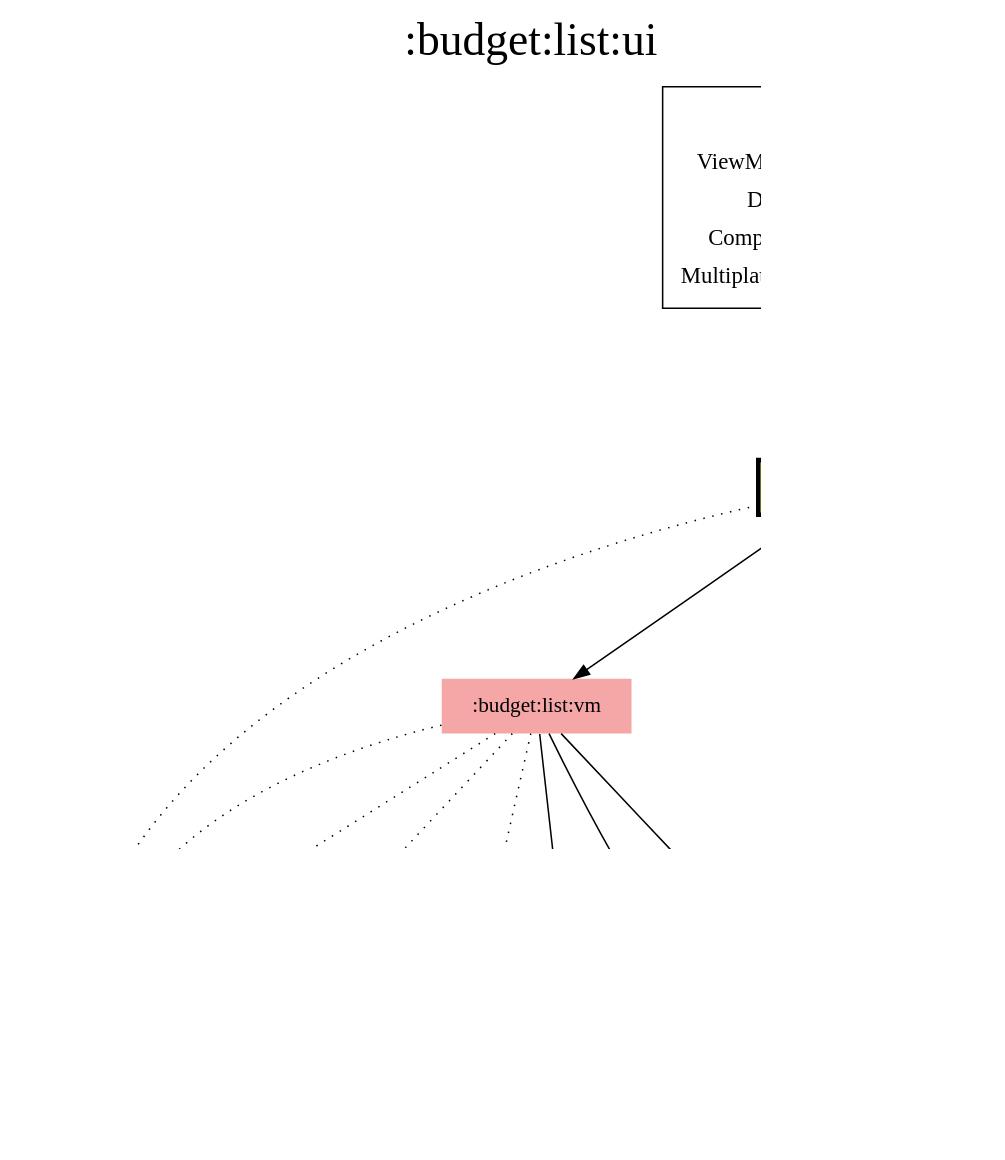
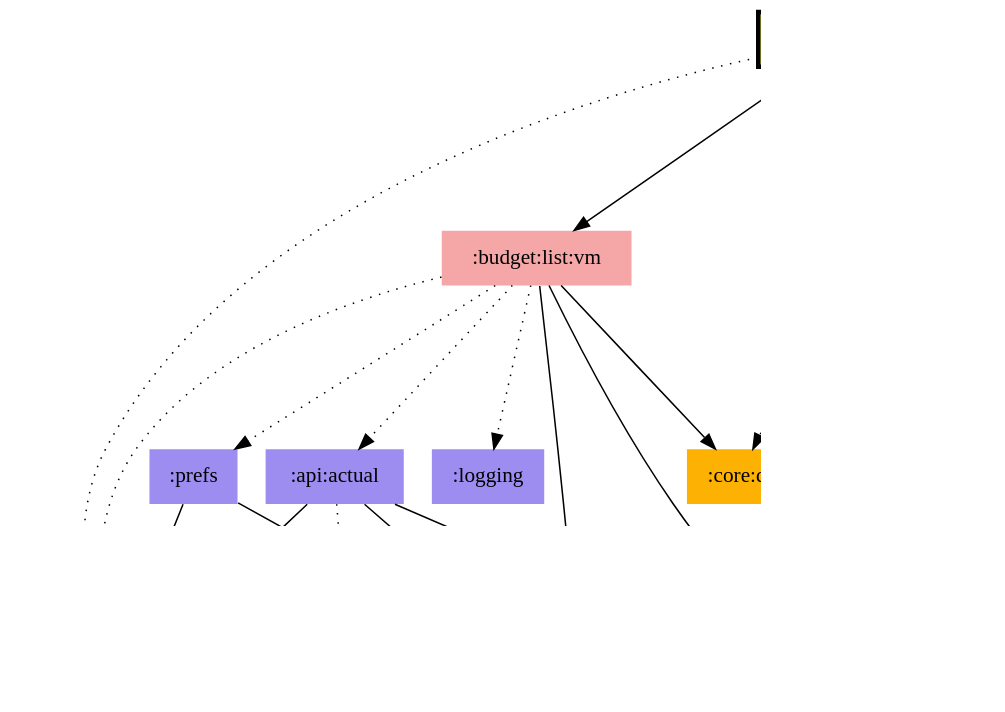
One commit to jonapoul/aktual changed the diagram in modules/budget/list/ui/modules.dot. Above: the diagram before and after it, drawn with Graphviz. The commit also changed 138 other files, not shown here.

First line of the commit message:
Rework diagram generation (#465)

```diff
--- a/modules/budget/list/ui/modules.dot
+++ b/modules/budget/list/ui/modules.dot
@@ -1,56 +1,39 @@
 digraph {
 edge ["dir"="forward"]
-graph ["dpi"="100","label"=":budget:list:ui","labelloc"="t","fontsize"="30","ranksep"="1.5","rankdir"="TB"]
+graph ["dpi"="100","fontsize"="30","ranksep"="1.5","rankdir"="TB"]
 node ["style"="filled"]
 ":account:model" ["fillcolor"="#9D8DF1","shape"="none"]
 ":api:actual" ["fillcolor"="#9D8DF1","shape"="none"]
 ":budget:list:ui" ["fillcolor"="#FFFF55","color"="black","penwidth"="3","shape"="box"]
 ":budget:list:vm" ["fillcolor"="#F5A6A6","shape"="none"]
 ":budget:model" ["fillcolor"="#9D8DF1","shape"="none"]
 ":codegen:annotation" ["fillcolor"="#9D8DF1","shape"="none"]
 ":core:di" ["fillcolor"="#FCB103","shape"="none"]
 ":core:model" ["fillcolor"="#9D8DF1","shape"="none"]
 ":core:ui" ["fillcolor"="#FFFF55","shape"="none"]
 ":l10n" ["fillcolor"="#9D8DF1","shape"="none"]
 ":logging" ["fillcolor"="#9D8DF1","shape"="none"]
 ":prefs" ["fillcolor"="#9D8DF1","shape"="none"]
-{
-edge ["dir"="none"]
-graph ["rank"="same"]
-":budget:list:ui"
-}
 ":api:actual" -> ":account:model"
 ":api:actual" -> ":budget:model"
 ":api:actual" -> ":codegen:annotation" ["style"="dotted"]
 ":api:actual" -> ":core:model"
 ":budget:list:ui" -> ":account:model" ["style"="dotted"]
 ":budget:list:ui" -> ":budget:list:vm"
 ":budget:list:ui" -> ":budget:model" ["style"="dotted"]
 ":budget:list:ui" -> ":core:ui"
 ":budget:list:ui" -> ":l10n" ["style"="dotted"]
 ":budget:list:vm" -> ":account:model" ["style"="dotted"]
 ":budget:list:vm" -> ":api:actual" ["style"="dotted"]
 ":budget:list:vm" -> ":budget:model"
 ":budget:list:vm" -> ":core:di"
 ":budget:list:vm" -> ":core:model"
 ":budget:list:vm" -> ":logging" ["style"="dotted"]
 ":budget:list:vm" -> ":prefs" ["style"="dotted"]
 ":core:ui" -> ":budget:model"
 ":core:ui" -> ":core:di" ["style"="dotted"]
 ":core:ui" -> ":core:model"
 ":core:ui" -> ":l10n" ["style"="dotted"]
 ":prefs" -> ":account:model"
 ":prefs" -> ":core:model"
-subgraph "cluster_legend" {
-edge ["dir"="none"]
-graph ["label"="Legend","fontsize"="20"]
-"Legend" ["style"="filled","fillcolor"="#FFFFFF","shape"="none","margin"="0","fontsize"="15","label"=<
-<TABLE BORDER="0" CELLBORDER="0" CELLSPACING="0" CELLPADDING="4">
-<TR><TD>ViewModel</TD><TD BGCOLOR="#F5A6A6">module-name</TD></TR>
-<TR><TD>DI</TD><TD BGCOLOR="#FCB103">module-name</TD></TR>
-<TR><TD>Compose</TD><TD BGCOLOR="#FFFF55">module-name</TD></TR>
-<TR><TD>Multiplatform</TD><TD BGCOLOR="#9D8DF1">module-name</TD></TR>
-</TABLE>
->]
-} -> ":budget:list:ui" ["style"="invis"]
 }
```
